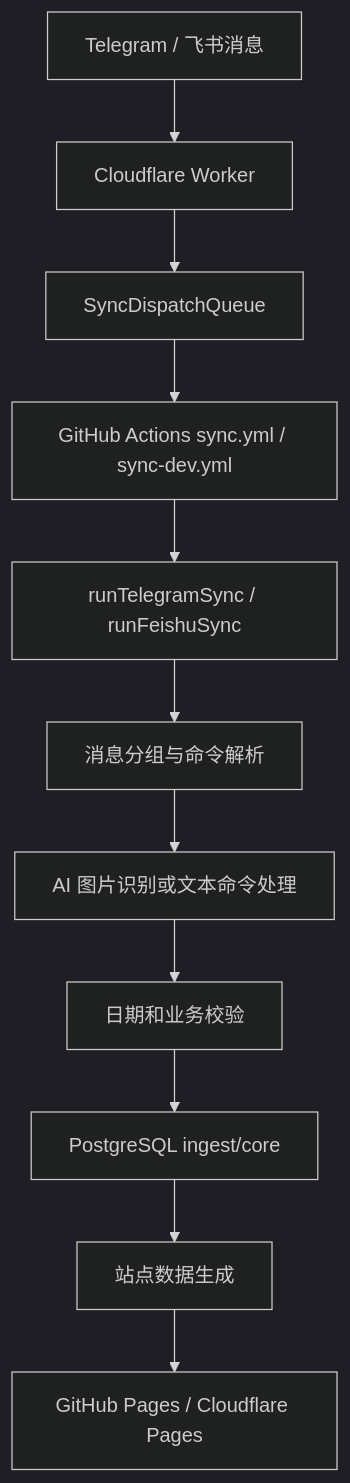
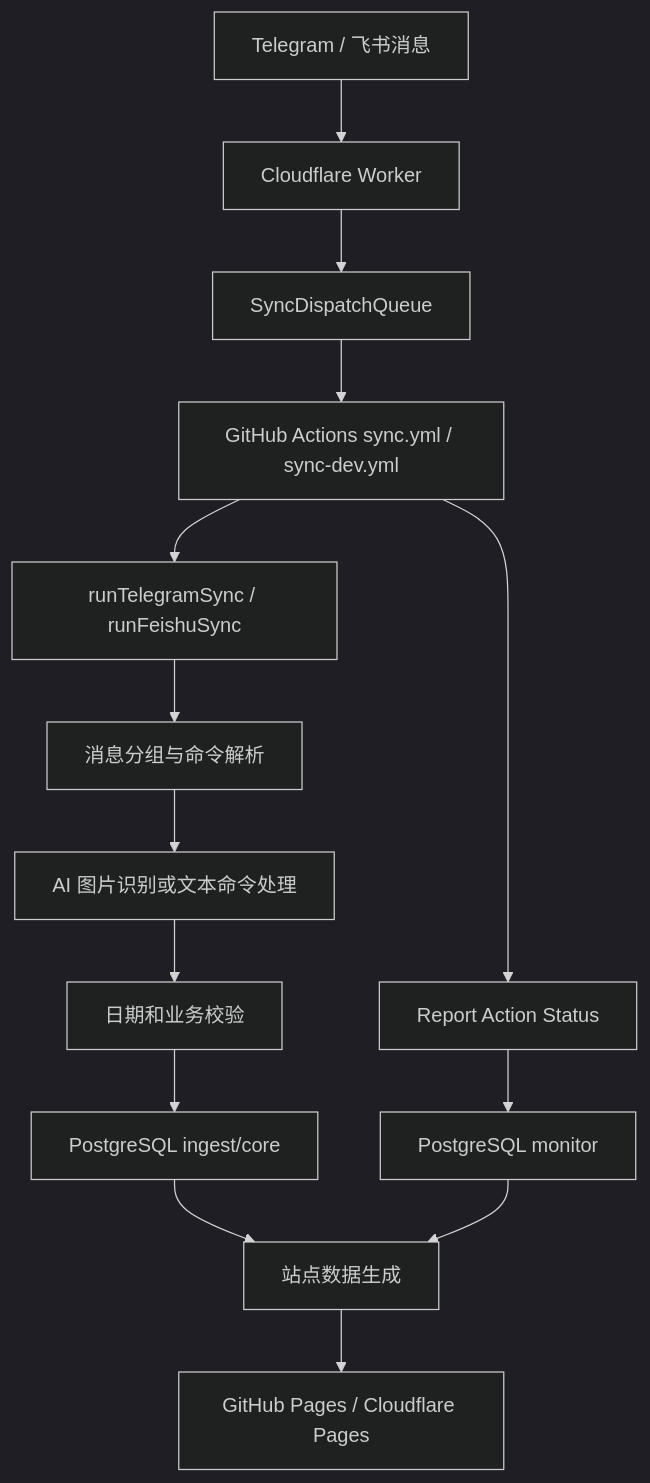
One commit to soulgo/training_records changed the diagram in docs/02_系统核心逻辑/系统总览.md. Above: the diagram before and after it, drawn with Mermaid (dark theme). The commit also changed other lines of this file and 75 other files, not shown here.

````diff
--- a/docs/02_系统核心逻辑/系统总览.md
+++ b/docs/02_系统核心逻辑/系统总览.md
@@ -9,13 +9,16 @@
 ```mermaid
 flowchart TD
   A[Telegram / 飞书消息] --> B[Cloudflare Worker]
   B --> C[SyncDispatchQueue]
   C --> D[GitHub Actions sync.yml / sync-dev.yml]
   D --> E[runTelegramSync / runFeishuSync]
   E --> F[消息分组与命令解析]
   F --> G[AI 图片识别或文本命令处理]
   G --> H[日期和业务校验]
   H --> I[PostgreSQL ingest/core]
   I --> J[站点数据生成]
   J --> K[GitHub Pages / Cloudflare Pages]
+  D --> L[Report Action Status]
+  L --> M[PostgreSQL monitor]
+  M --> J
 ```
````
